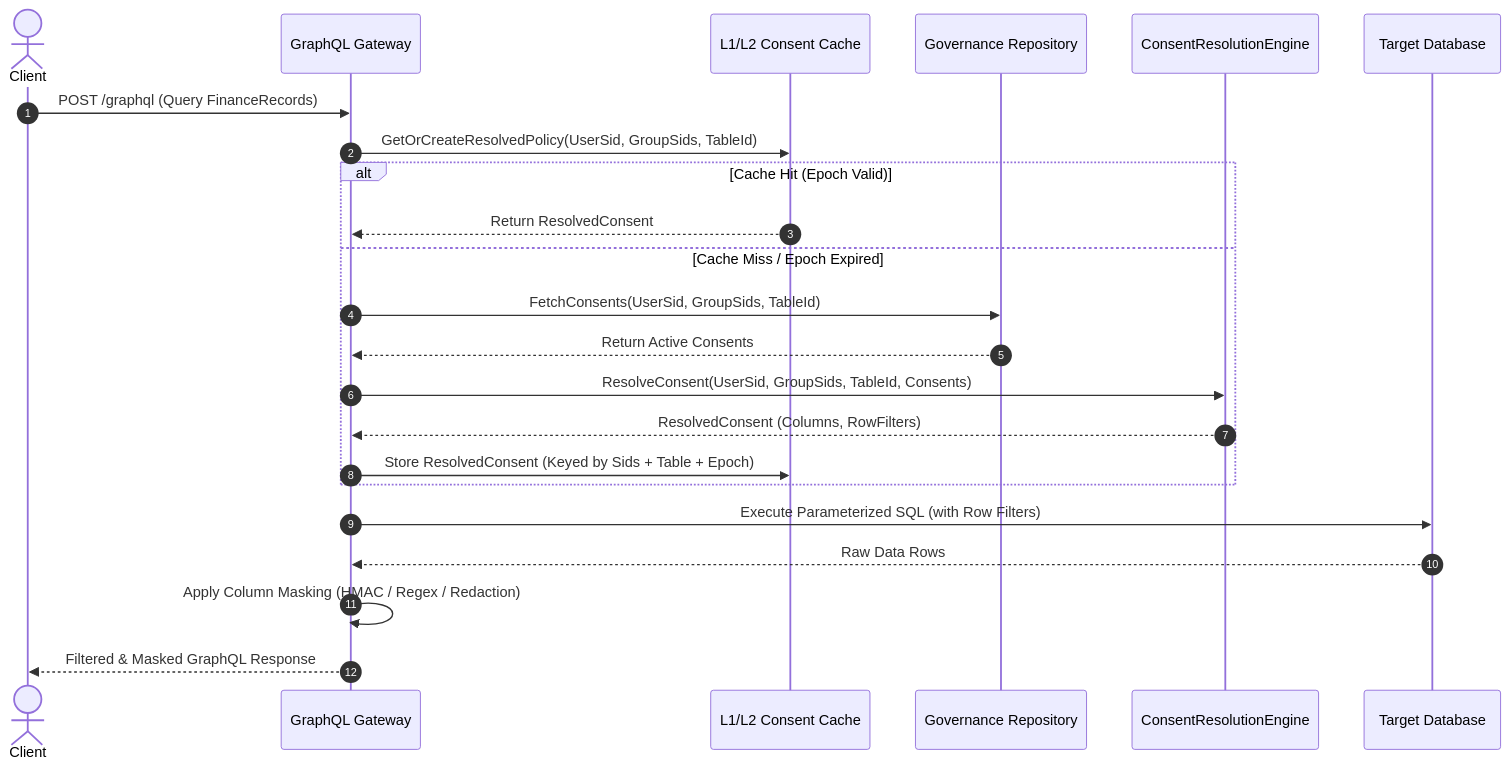
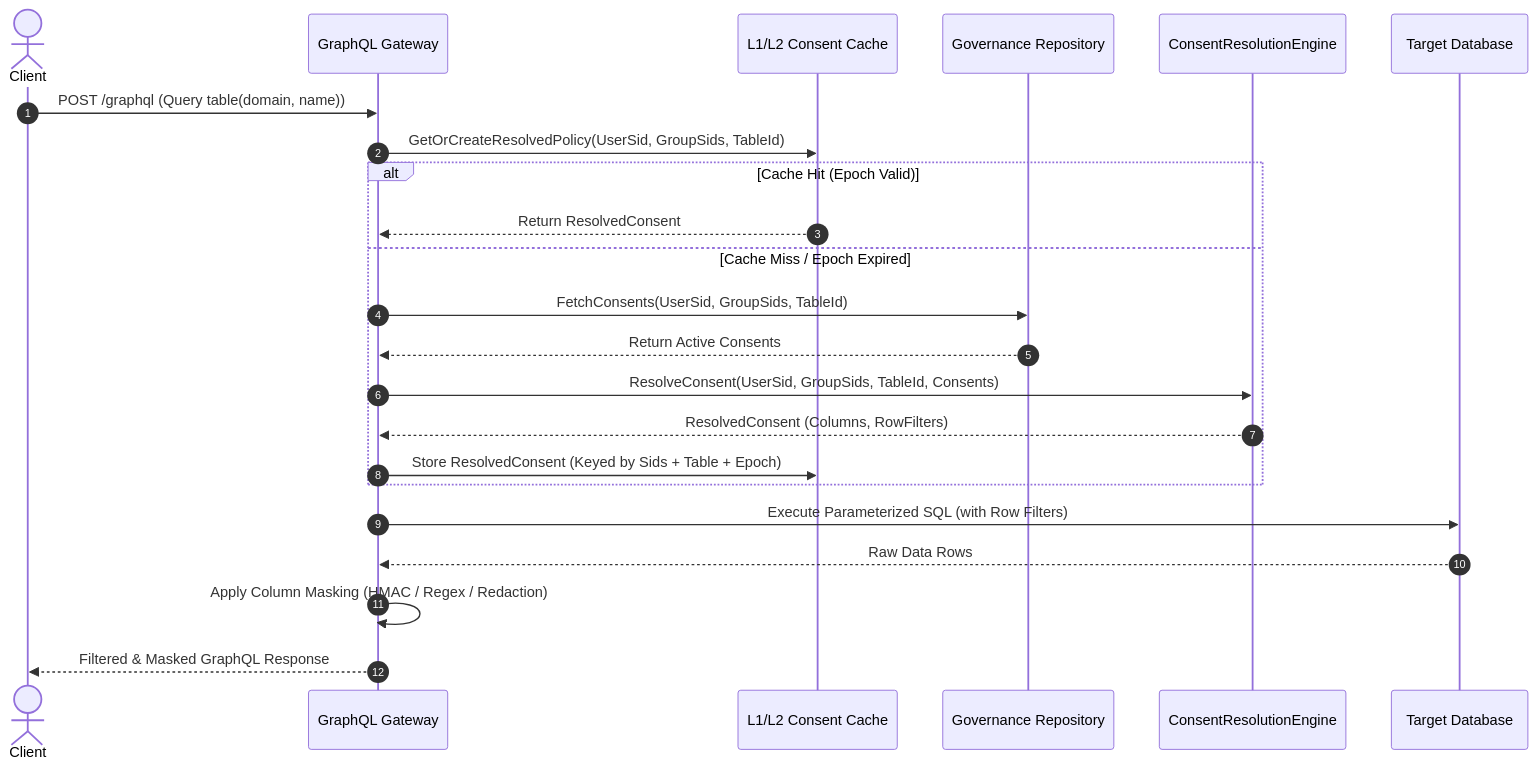
One commit to themulle/autheris changed the third of 4 diagrams in docs/architecture/arc42.md. Above: the diagram before and after it, drawn with Mermaid. The commit also changed 25 other files, not shown here.

````diff
--- a/docs/architecture/arc42.md
+++ b/docs/architecture/arc42.md
@@ -178,26 +178,26 @@
 ```mermaid
 sequenceDiagram
     autonumber
     actor Client
     participant GW as GraphQL Gateway
     participant Cache as L1/L2 Consent Cache
     participant Repo as Governance Repository
     participant Engine as ConsentResolutionEngine
     participant DB as Target Database
 
-    Client->>GW: POST /graphql (Query FinanceRecords)
+    Client->>GW: POST /graphql (Query table(domain, name))
     GW->>Cache: GetOrCreateResolvedPolicy(UserSid, GroupSids, TableId)
     alt Cache Hit (Epoch Valid)
         Cache-->>GW: Return ResolvedConsent
     else Cache Miss / Epoch Expired
         GW->>Repo: FetchConsents(UserSid, GroupSids, TableId)
         Repo-->>GW: Return Active Consents
         GW->>Engine: ResolveConsent(UserSid, GroupSids, TableId, Consents)
         Engine-->>GW: ResolvedConsent (Columns, RowFilters)
         GW->>Cache: Store ResolvedConsent (Keyed by Sids + Table + Epoch)
     end
     GW->>DB: Execute Parameterized SQL (with Row Filters)
     DB-->>GW: Raw Data Rows
     GW->>GW: Apply Column Masking (HMAC / Regex / Redaction)
     GW-->>Client: Filtered & Masked GraphQL Response
 ```
````
